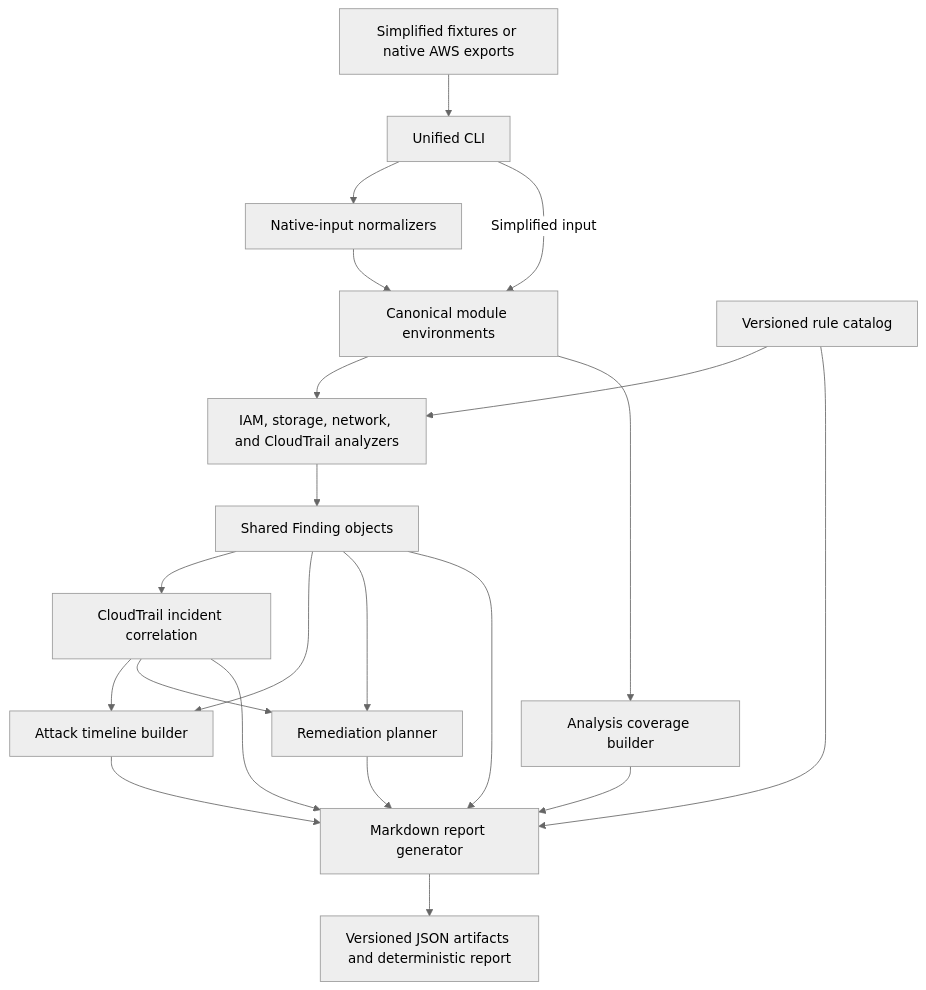
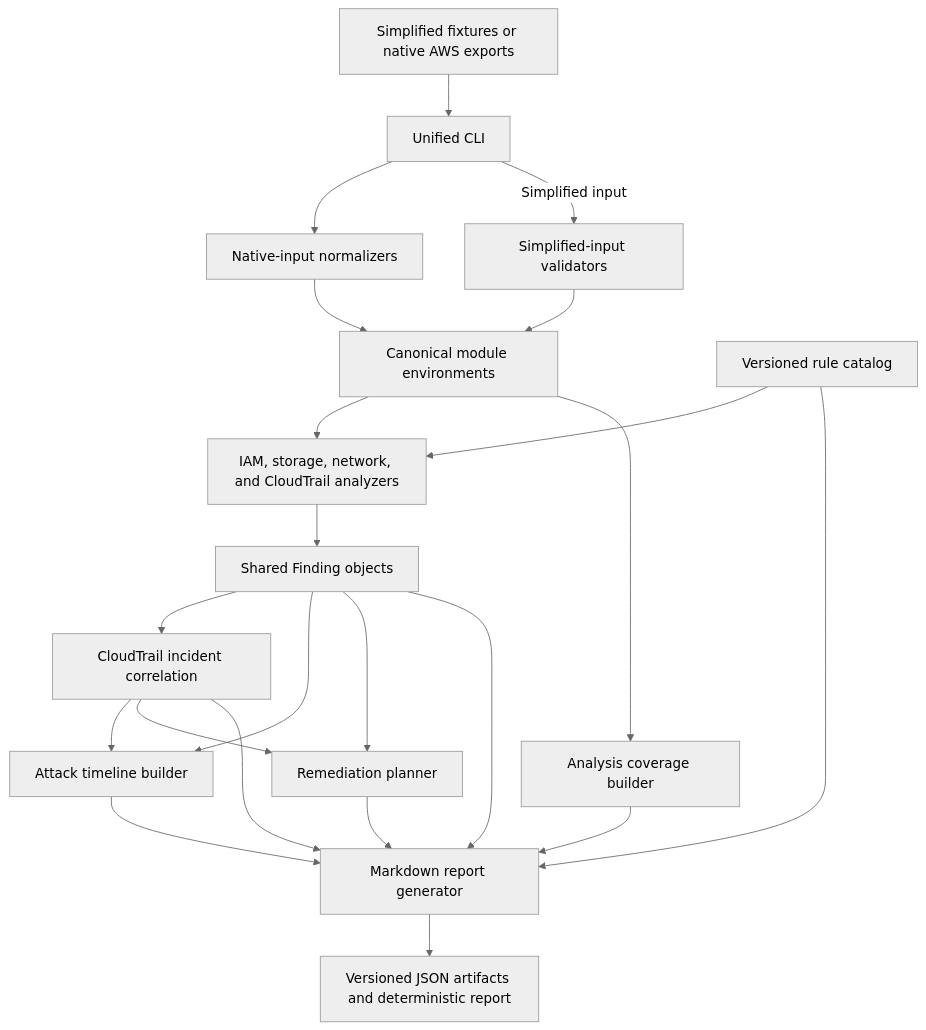
Before and after one commit to LLOYD-11/cloud_security_misconfiguration_lab: the second of 2 diagrams in docs/architecture.md, drawn with Mermaid (neutral theme). The commit also changed other lines of this file and 25 other files, not shown here.

Commit message:
fix: validate simplified analyzer inputs

````diff
--- a/docs/architecture.md
+++ b/docs/architecture.md
@@ -36,37 +36,39 @@
 ```mermaid
 flowchart TD
     Input["Simplified fixtures or native AWS exports"]
     CLI["Unified CLI"]
     Normalize["Native-input normalizers"]
     Canonical["Canonical module environments"]
+    Validate["Simplified-input validators"]
     Analyze["IAM, storage, network, and CloudTrail analyzers"]
     Findings["Shared Finding objects"]
     Correlate["CloudTrail incident correlation"]
     Coverage["Analysis coverage builder"]
     Catalog["Versioned rule catalog"]
     Timeline["Attack timeline builder"]
     Remediation["Remediation planner"]
     Report["Markdown report generator"]
     Outputs["Versioned JSON artifacts and deterministic report"]
 
     Input --> CLI
     CLI --> Normalize
-    CLI -->|"Simplified input"| Canonical
+    CLI -->|"Simplified input"| Validate
+    Validate --> Canonical
     Normalize --> Canonical
     Canonical --> Analyze
     Canonical --> Coverage
     Analyze --> Findings
     Catalog --> Analyze
     Findings --> Correlate
     Findings --> Timeline
     Findings --> Remediation
     Findings --> Report
     Correlate --> Timeline
     Correlate --> Remediation
     Correlate --> Report
     Coverage --> Report
     Catalog --> Report
     Timeline --> Report
     Remediation --> Report
     Report --> Outputs
 ```
````
